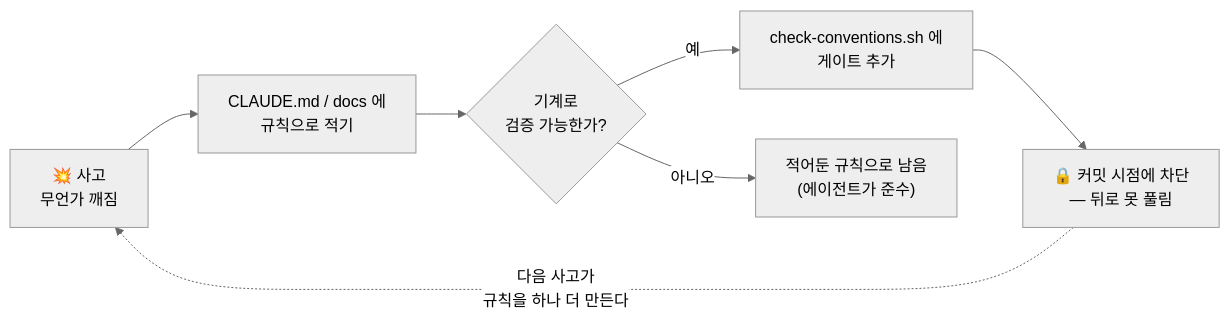
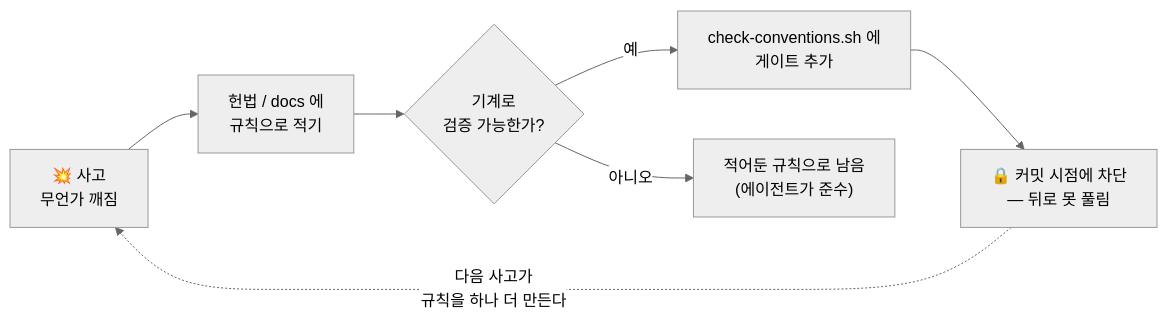
One commit to icurfer/ic-praxis changed the third of 5 diagrams in README.ko.md. Above: the diagram before and after it, drawn with Mermaid (neutral theme). The commit also changed other lines of this file and 1 other file, not shown here.

First line of the commit message:
docs: agent-neutral README diagrams — Codex alongside Claude Code

````diff
--- a/README.ko.md
+++ b/README.ko.md
@@ -183,9 +190,9 @@
 ```mermaid
 flowchart LR
-    I["💥 사고<br/>무언가 깨짐"] --> W["CLAUDE.md / docs 에<br/>규칙으로 적기"]
+    I["💥 사고<br/>무언가 깨짐"] --> W["헌법 / docs 에<br/>규칙으로 적기"]
     W --> Q{"기계로<br/>검증 가능한가?"}
     Q -- 예 --> G["check-conventions.sh 에<br/>게이트 추가"]
     Q -- 아니오 --> R["적어둔 규칙으로 남음<br/>(에이전트가 준수)"]
     G --> P["🔒 커밋 시점에 차단<br/>— 뒤로 못 풀림"]
     P -. "다음 사고가<br/>규칙을 하나 더 만든다" .-> I
 ```
````
